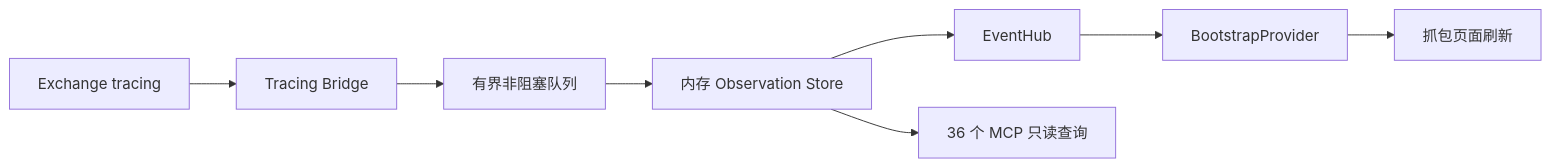
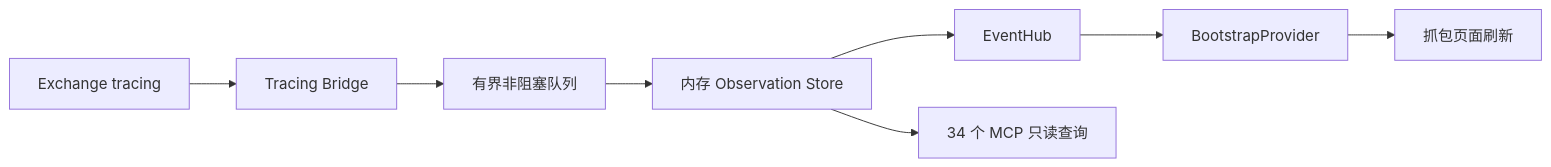
One commit to kouxko/gmofg-payment-proxy changed the fifth of 5 diagrams in docs/architecture/data-flow.md. Above: the diagram before and after it, drawn with Mermaid. The commit also changed 241 other files, not shown here.

````diff
--- a/docs/architecture/data-flow.md
+++ b/docs/architecture/data-flow.md
@@ -148,10 +148,10 @@
 ```mermaid
 flowchart LR
     EX[Exchange tracing] --> BRIDGE[Tracing Bridge]
     BRIDGE --> QUEUE[有界非阻塞队列]
     QUEUE --> STORE[内存 Observation Store]
     STORE --> EVENTS[EventHub]
     EVENTS --> BOOT[BootstrapProvider]
     BOOT --> CAPTURE[抓包页面刷新]
-    STORE --> MCP[36 个 MCP 只读查询]
+    STORE --> MCP[34 个 MCP 只读查询]
 ```
````
